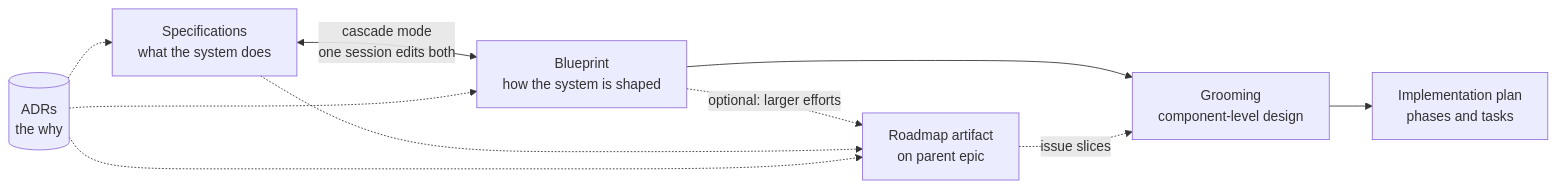
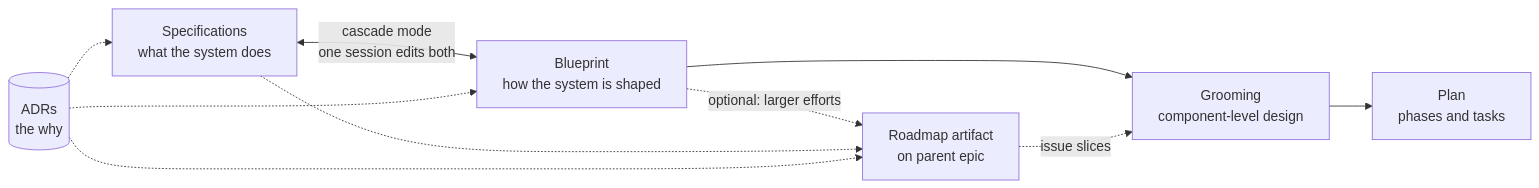
One commit to workinprogress-ai/devenv changed the second of 5 diagrams in docs/Workflow.md. Above: the diagram before and after it, drawn with Mermaid. The commit also changed other lines of this file and 59 other files, not shown here.

````diff
--- a/docs/Workflow.md
+++ b/docs/Workflow.md
@@ -430,12 +430,12 @@
 ```mermaid
 flowchart LR
     SPEC[Specifications<br/>what the system does] <-->|"cascade mode<br/>one session edits both"| BP[Blueprint<br/>how the system is shaped]
     BP --> GR[Grooming<br/>component-level design]
     BP -.->|"optional: larger efforts"| RM[Roadmap artifact<br/>on parent epic]
     SPEC -.-> RM
     RM -.->|"issue slices"| GR
-    GR --> PLAN[Implementation plan<br/>phases and tasks]
+    GR --> PLAN[Plan<br/>phases and tasks]
     ADR[(ADRs<br/>the why)] -.-> SPEC
     ADR -.-> BP
     ADR -.-> RM
 ```
````
